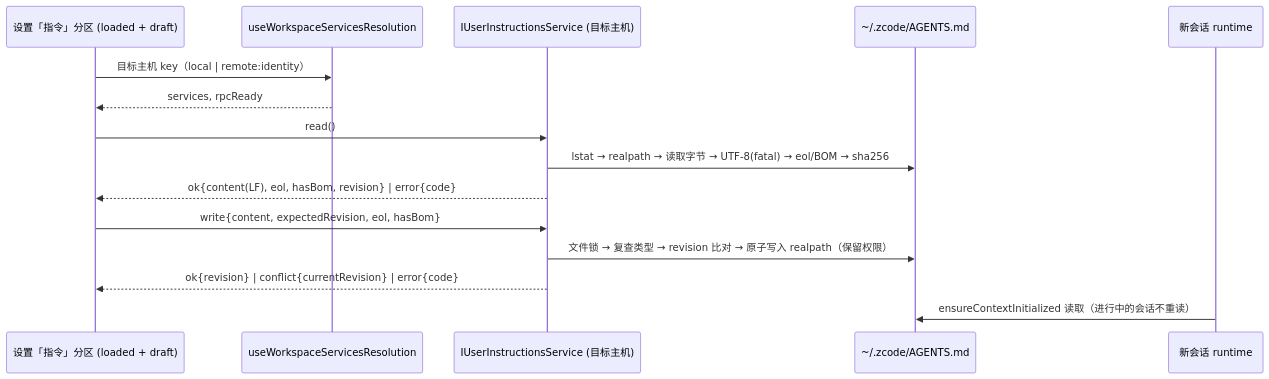
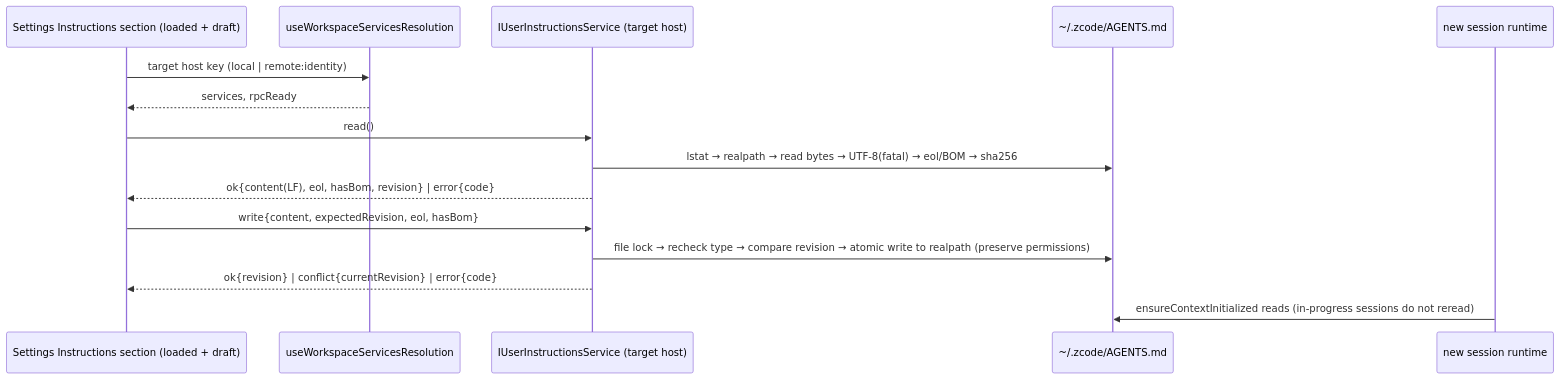
The diagram in specs/global-instructions.md (osben/ZCode), drawn with Mermaid before and after one commit. The commit also changed other lines of this file and 2997 other files, not shown here.

````diff
--- a/specs/global-instructions.md
+++ b/specs/global-instructions.md
@@ -89,17 +89,17 @@
 ```mermaid
 sequenceDiagram
-  participant UI as 设置「指令」分区 (loaded + draft)
+  participant UI as Settings Instructions section (loaded + draft)
   participant R as useWorkspaceServicesResolution
-  participant S as IUserInstructionsService (目标主机)
+  participant S as IUserInstructionsService (target host)
   participant D as ~/.zcode/AGENTS.md
-  participant CLI as 新会话 runtime
-  UI->>R: 目标主机 key（local | remote:identity）
+  participant CLI as new session runtime
+  UI->>R: target host key (local | remote:identity)
   R-->>UI: services, rpcReady
   UI->>S: read()
-  S->>D: lstat → realpath → 读取字节 → UTF-8(fatal) → eol/BOM → sha256
+  S->>D: lstat → realpath → read bytes → UTF-8(fatal) → eol/BOM → sha256
   S-->>UI: ok{content(LF), eol, hasBom, revision} | error{code}
   UI->>S: write{content, expectedRevision, eol, hasBom}
-  S->>D: 文件锁 → 复查类型 → revision 比对 → 原子写入 realpath（保留权限）
+  S->>D: file lock → recheck type → compare revision → atomic write to realpath (preserve permissions)
   S-->>UI: ok{revision} | conflict{currentRevision} | error{code}
-  CLI->>D: ensureContextInitialized 读取（进行中的会话不重读）
+  CLI->>D: ensureContextInitialized reads (in-progress sessions do not reread)
 ```
````
